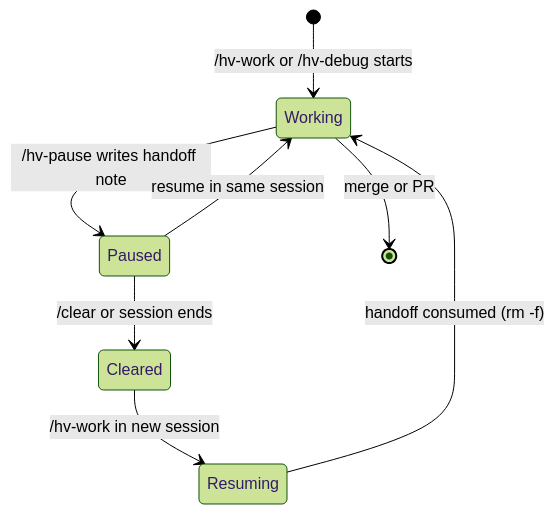
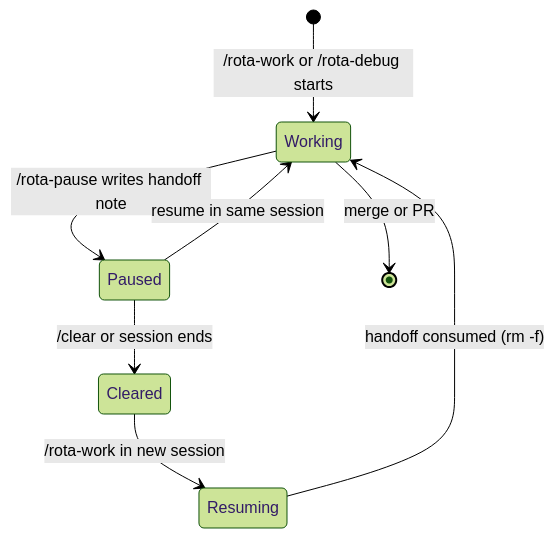
The diagram in docs/usage/pausing-and-resuming.md (l4ci/hv-skills), drawn with Mermaid (forest theme) before and after one commit. The commit also changed other lines of this file and 670 other files, not shown here.

````diff
--- a/docs/usage/pausing-and-resuming.md
+++ b/docs/usage/pausing-and-resuming.md
@@ -32,10 +32,10 @@
 ```mermaid
 stateDiagram-v2
-    [*] --> Working: /hv-work or /hv-debug starts
-    Working --> Paused: /hv-pause writes handoff note
+    [*] --> Working: /rota-work or /rota-debug starts
+    Working --> Paused: /rota-pause writes handoff note
     Paused --> Cleared: /clear or session ends
-    Cleared --> Resuming: /hv-work in new session
+    Cleared --> Resuming: /rota-work in new session
     Resuming --> Working: handoff consumed (rm -f)
     Paused --> Working: resume in same session
     Working --> [*]: merge or PR
 ```
````
